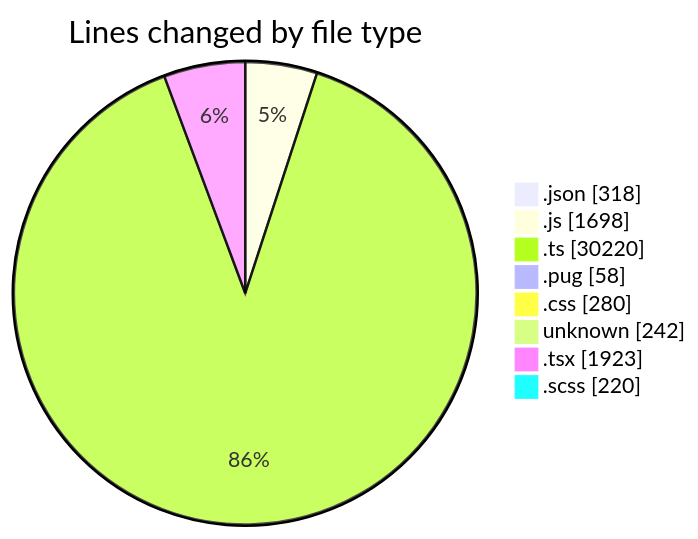
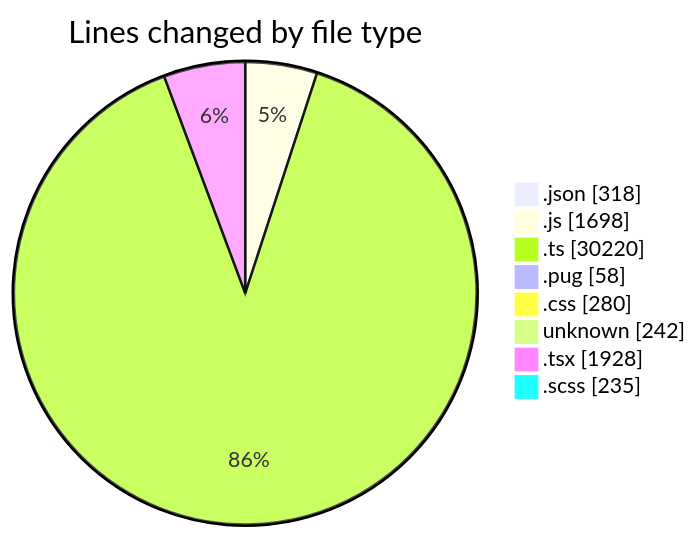
Before and after one commit to momahboobian/code-tracking: the first of 2 diagrams in 2026-06-02/cda/README.md, drawn with Mermaid. The commit also changed other lines of this file and 1 other file, not shown here.

````diff
--- a/2026-06-02/cda/README.md
+++ b/2026-06-02/cda/README.md
@@ -66,12 +66,12 @@
 ```mermaid
 pie showData
 title Lines changed by file type
 ".json" : 318
 ".js" : 1698
 ".ts" : 30220
 ".pug" : 58
 ".css" : 280
 "unknown" : 242
-".tsx" : 1923
-".scss" : 220
+".tsx" : 1928
+".scss" : 235
 ```
````
